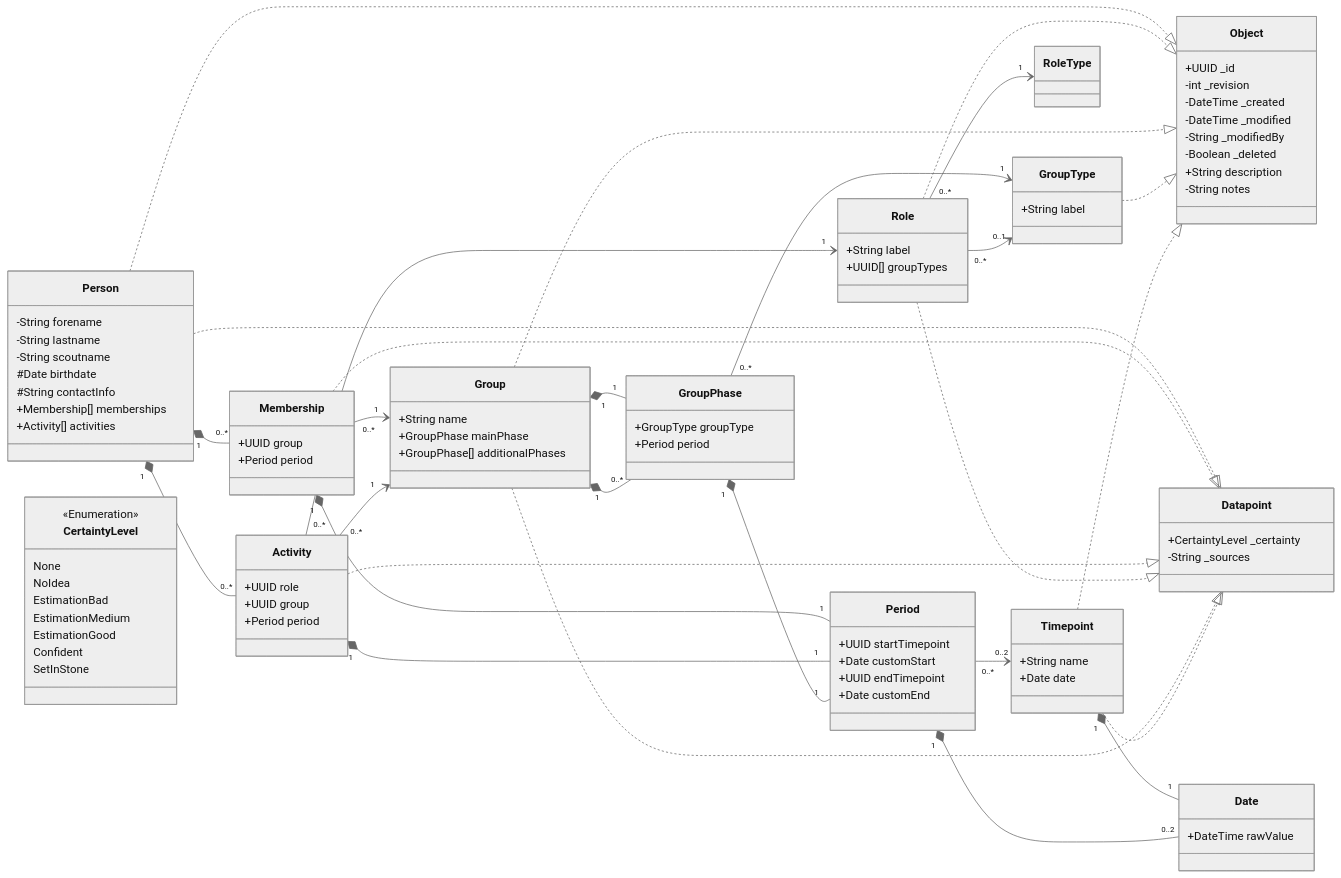
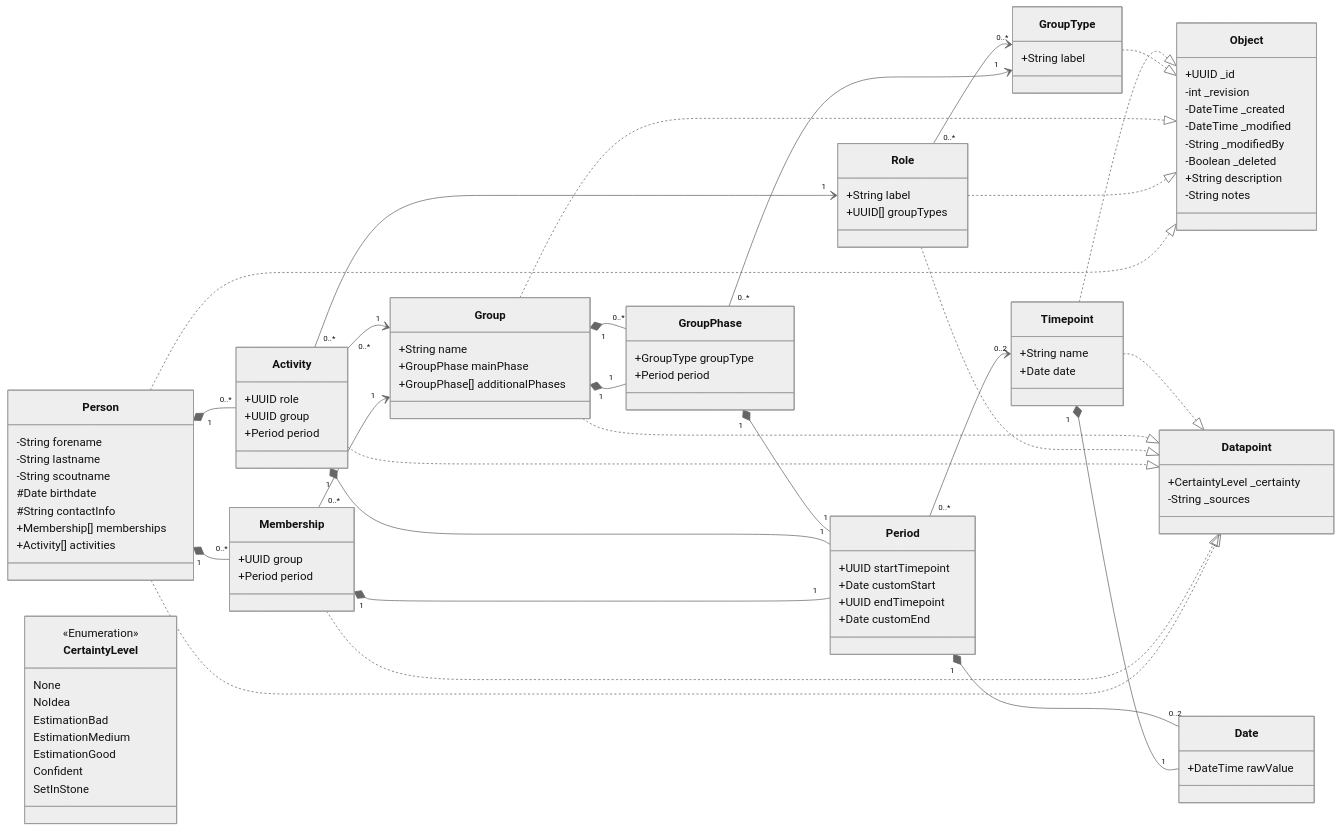
The diagram in docs/data_model.md (jrichter42/StammbaumDerVaganten), drawn with Mermaid (neutral theme) before and after one commit. The commit also changed 24 other files, not shown here.

```diff
--- a/docs/data_model.md
+++ b/docs/data_model.md
@@ -111,8 +111,7 @@
 Group "1" *-- "1" GroupPhase
 Group "1" *-- "0..*" GroupPhase
 GroupPhase "0..*" --> "1" GroupType
-Role "0..*" --> "1" RoleType
-Role "0..*" --> "0..1" GroupType
+Role "0..*" --> "0..*" GroupType
 Membership "1" *-- "1" Period
 Activity "1" *-- "1" Period
 GroupPhase "1" *-- "1" Period
```
